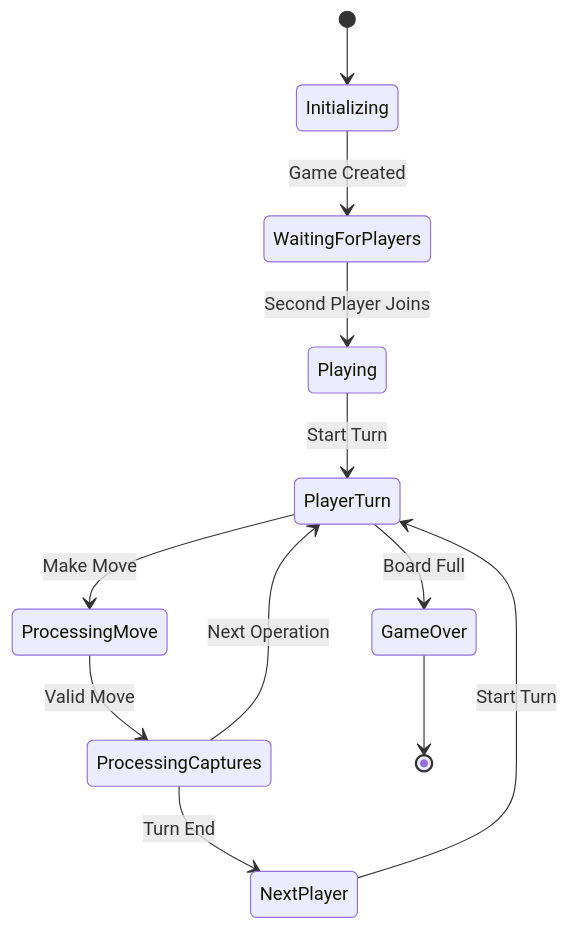
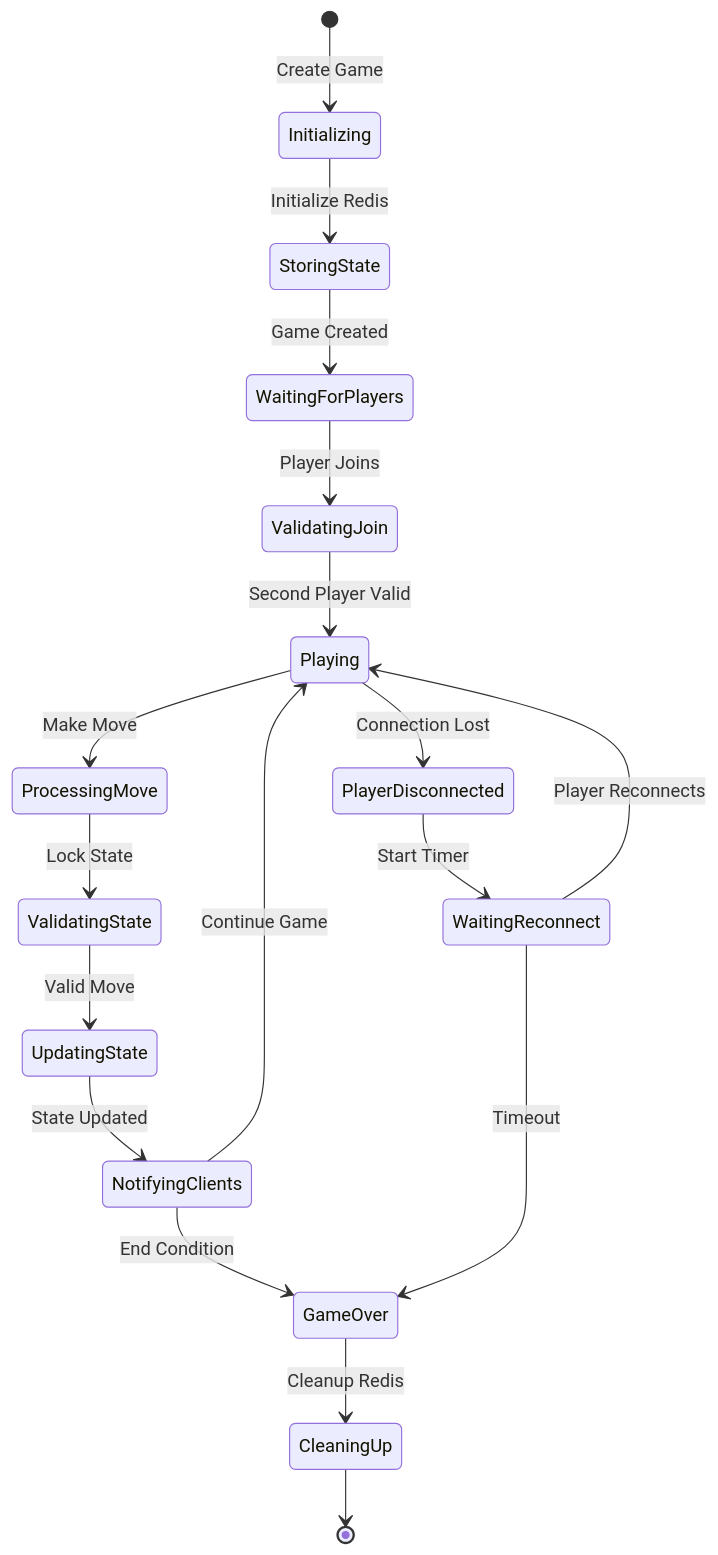
Before and after one commit to vcb88/ctorgame: the fifth of 9 diagrams in docs/ARCHITECTURE.md, drawn with Mermaid. The commit also changed other lines of this file and 3 other files, not shown here.

````diff
--- a/docs/ARCHITECTURE.md
+++ b/docs/ARCHITECTURE.md
@@ -118,14 +143,21 @@
 ```mermaid
 stateDiagram-v2
-    [*] --> Initializing
-    Initializing --> WaitingForPlayers: Game Created
-    WaitingForPlayers --> Playing: Second Player Joins
-    Playing --> PlayerTurn: Start Turn
-    PlayerTurn --> ProcessingMove: Make Move
-    ProcessingMove --> ProcessingCaptures: Valid Move
-    ProcessingCaptures --> PlayerTurn: Next Operation
-    ProcessingCaptures --> NextPlayer: Turn End
-    NextPlayer --> PlayerTurn: Start Turn
-    PlayerTurn --> GameOver: Board Full
-    GameOver --> [*]
+    [*] --> Initializing: Create Game
+    Initializing --> StoringState: Initialize Redis
+    StoringState --> WaitingForPlayers: Game Created
+    WaitingForPlayers --> ValidatingJoin: Player Joins
+    ValidatingJoin --> Playing: Second Player Valid
+    Playing --> ProcessingMove: Make Move
+    ProcessingMove --> ValidatingState: Lock State
+    ValidatingState --> UpdatingState: Valid Move
+    UpdatingState --> NotifyingClients: State Updated
+    NotifyingClients --> Playing: Continue Game
+    NotifyingClients --> GameOver: End Condition
+    GameOver --> CleaningUp: Cleanup Redis
+    CleaningUp --> [*]
+    
+    Playing --> PlayerDisconnected: Connection Lost
+    PlayerDisconnected --> WaitingReconnect: Start Timer
+    WaitingReconnect --> Playing: Player Reconnects
+    WaitingReconnect --> GameOver: Timeout
 ```
````
